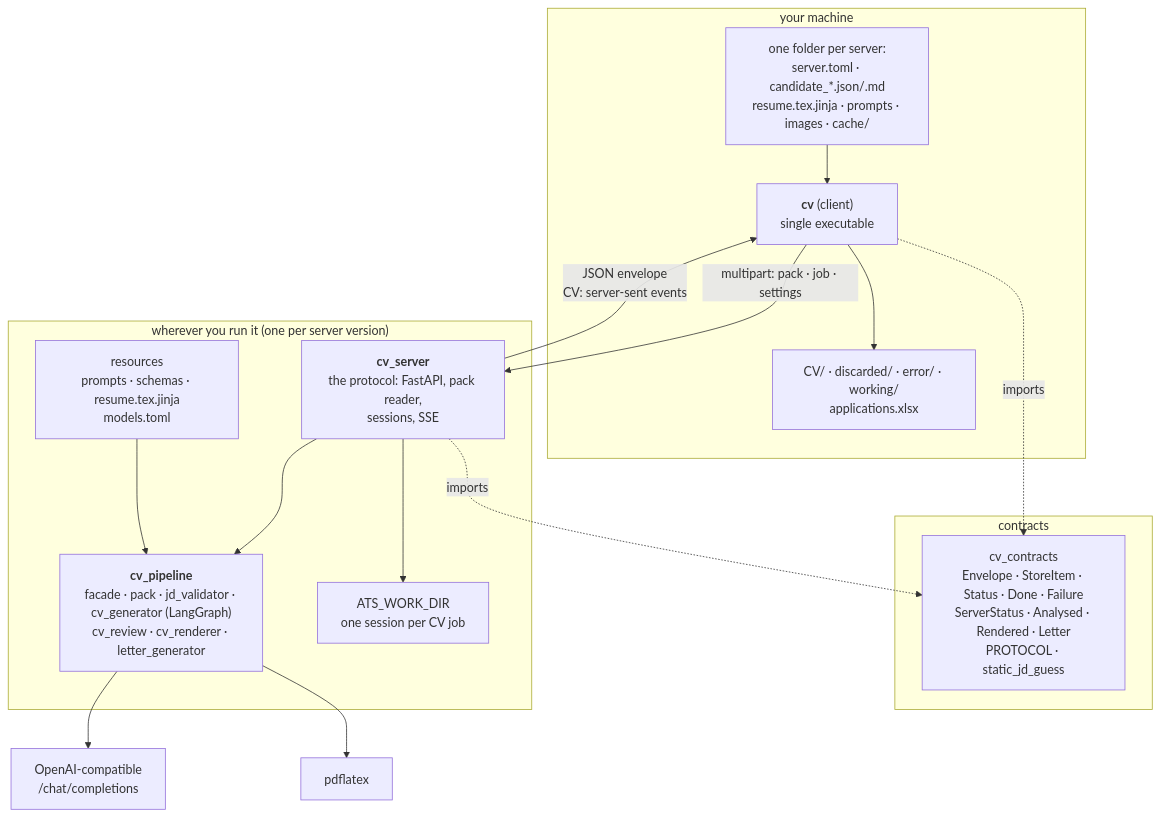
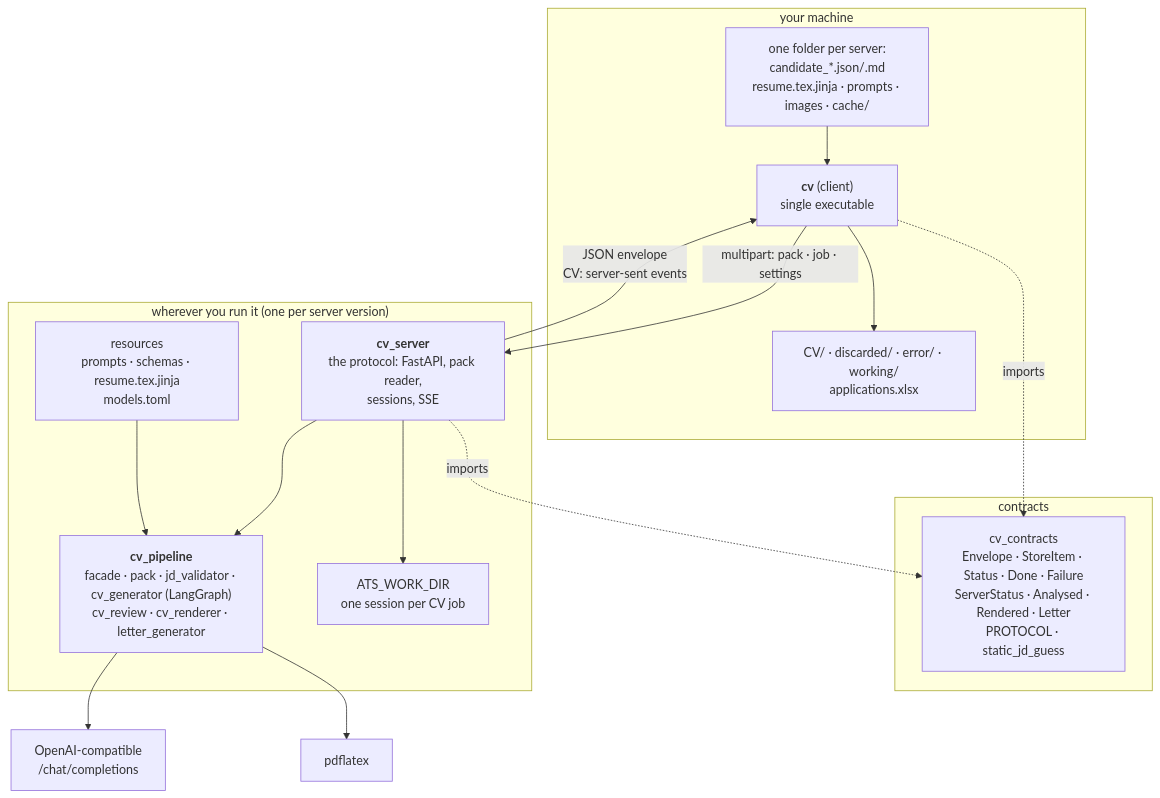
Before and after one commit to gcontini/ats-strike: the first of 2 diagrams in doc/architecture.md, drawn with Mermaid. The commit also changed other lines of this file and 267 other files, not shown here.

````diff
--- a/doc/architecture.md
+++ b/doc/architecture.md
@@ -5,34 +5,34 @@
 ```mermaid
 flowchart TB
     subgraph your["your machine"]
         CLI["<b>cv</b> (client)<br/>single executable"]
-        FILES["one folder per server:<br/>server.toml · candidate_*.json/.md<br/>resume.tex.jinja · prompts · images · cache/"]
+        FILES["one folder per server:<br/>candidate_*.json/.md<br/>resume.tex.jinja · prompts · images · cache/"]
         OUT["CV/ · discarded/ · error/ · working/<br/>applications.xlsx"]
         FILES --> CLI
         CLI --> OUT
     end
 
     subgraph wire["contracts"]
         CT["cv_contracts<br/>Envelope · StoreItem · Status · Done · Failure<br/>ServerStatus · Analysed · Rendered · Letter<br/>PROTOCOL · static_jd_guess"]
     end
 
     subgraph host["wherever you run it (one per server version)"]
         API["<b>cv_server</b><br/>the protocol: FastAPI, pack reader,<br/>sessions, SSE"]
         PIPE["<b>cv_pipeline</b><br/>facade · pack · jd_validator · cv_generator (LangGraph)<br/>cv_review · cv_renderer · letter_generator"]
         RES["resources<br/>prompts · schemas · resume.tex.jinja<br/>models.toml"]
         STORE["ATS_WORK_DIR<br/>one session per CV job"]
         API --> PIPE
         RES --> PIPE
         API --> STORE
     end
 
     PROV["OpenAI-compatible<br/>/chat/completions"]
     TEX["pdflatex"]
 
     CLI -->|"multipart: pack · job · settings"| API
     API -->|"JSON envelope<br/>CV: server-sent events"| CLI
     CLI -.imports.-> CT
     API -.imports.-> CT
     PIPE --> PROV
     PIPE --> TEX
 ```
````
